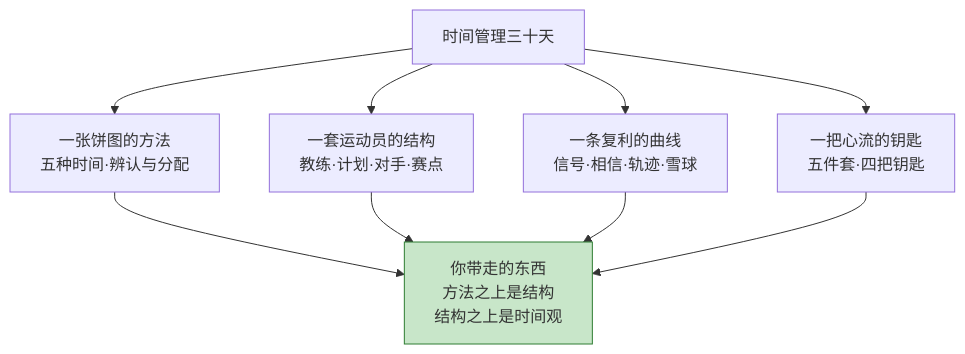
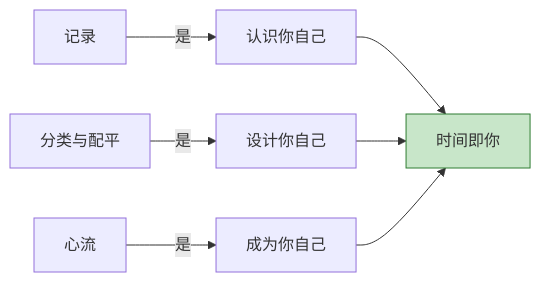
The second of 3 diagrams in book/27.时间管理30天/30.Day30-成为时间主人.md (chongyang211/YCBookBlog), drawn with Mermaid before and after one commit. The commit also changed other lines of this file and 11 other files, not shown here.

````diff
--- a/book/27.时间管理30天/30.Day30-成为时间主人.md
+++ b/book/27.时间管理30天/30.Day30-成为时间主人.md
@@ -134,12 +105,10 @@
 ```mermaid
-graph TD
-    A[时间管理三十天] --> B[一张饼图的方法<br/>五种时间·辨认与分配]
-    A --> C[一套运动员的结构<br/>教练·计划·对手·赛点]
-    A --> D[一条复利的曲线<br/>信号·相信·轨迹·雪球]
-    A --> E[一把心流的钥匙<br/>五件套·四把钥匙]
-    B --> F[你带走的东西<br/>方法之上是结构<br/>结构之上是时间观]
-    C --> F
-    D --> F
-    E --> F
-    style F fill:#c8e6c9,stroke:#2e7d32
+graph LR
+    A[记录] -->|是| D[认识你自己]
+    B[分类与配平] -->|是| E[设计你自己]
+    C[心流] -->|是| F[成为你自己]
+    D --> G[时间即你]
+    E --> G
+    F --> G
+    style G fill:#c8e6c9,stroke:#2e7d32
 ```
````
